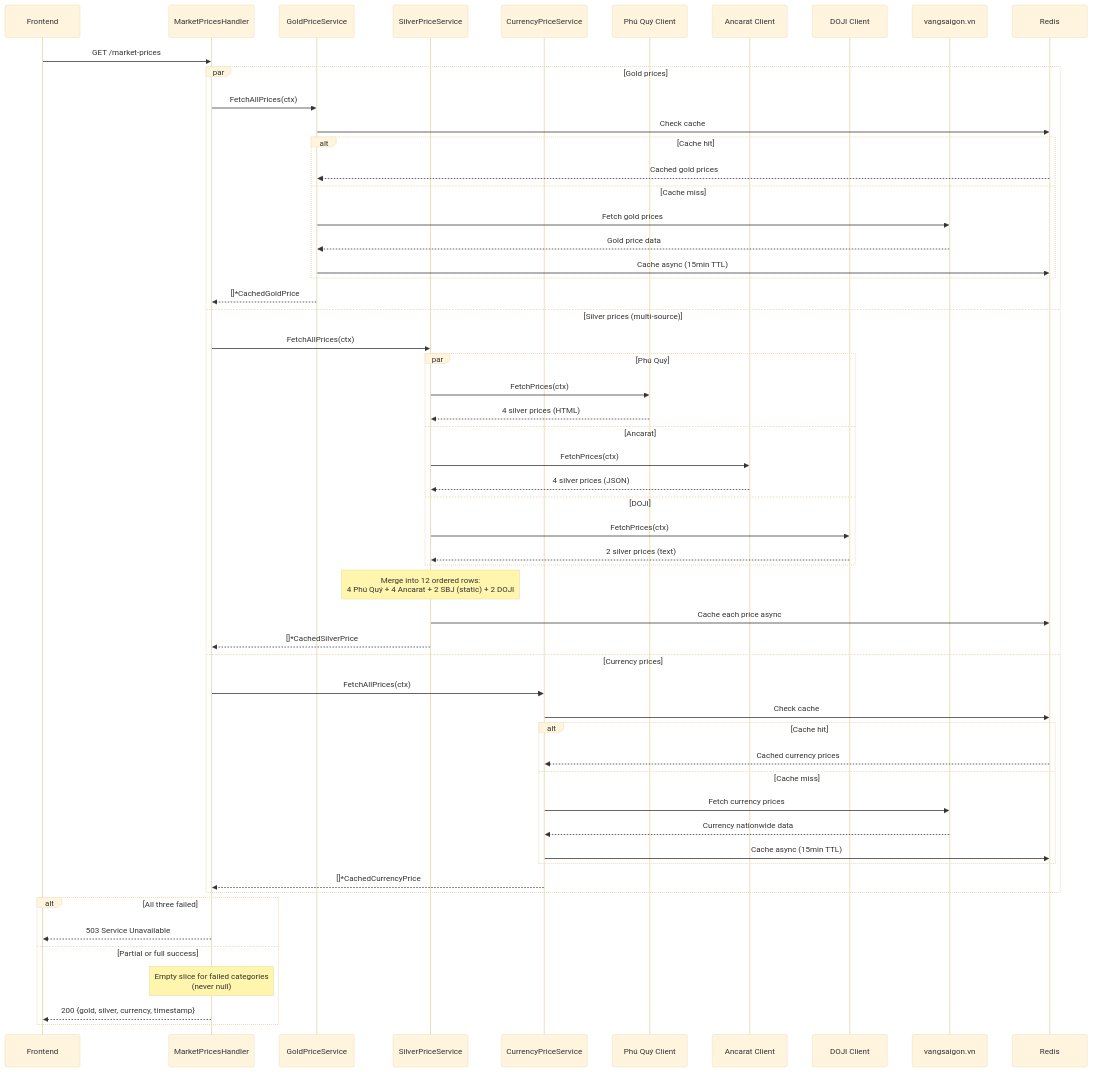
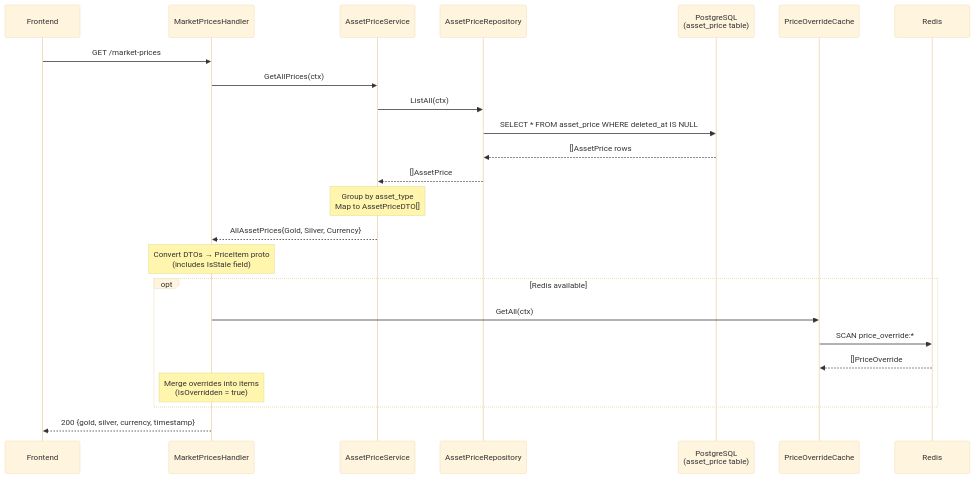
Before and after one commit to khanhnq1406/wealth-journey: the fifth of 16 diagrams in docs/architecture/flow-cross-cutting.md, drawn with Mermaid (base theme). The commit also changed other lines of this file and 1 other file, not shown here.

First line of the commit message:
docs(architecture): update runtime flow diagrams for price cache background job

````diff
--- a/docs/architecture/flow-cross-cutting.md
+++ b/docs/architecture/flow-cross-cutting.md
@@ -259,61 +271,31 @@
 ```mermaid
 sequenceDiagram
     participant C as Frontend
     participant H as MarketPricesHandler
-    participant G as GoldPriceService
-    participant S as SilverPriceService
-    participant CR as CurrencyPriceService
-    participant PQ as Phú Quý Client
-    participant AN as Ancarat Client
-    participant DJ as DOJI Client
-    participant V as vangsaigon.vn
+    participant APS as AssetPriceService
+    participant APR as AssetPriceRepository
+    participant DB as PostgreSQL<br/>(asset_price table)
+    participant POC as PriceOverrideCache
     participant R as Redis
 
     C->>H: GET /market-prices
 
-    par Gold prices
-        H->>G: FetchAllPrices(ctx)
-        G->>R: Check cache
-        alt Cache hit
-            R-->>G: Cached gold prices
-        else Cache miss
-            G->>V: Fetch gold prices
-            V-->>G: Gold price data
-            G->>R: Cache async (15min TTL)
-        end
-        G-->>H: []*CachedGoldPrice
-    and Silver prices (multi-source)
-        H->>S: FetchAllPrices(ctx)
-        par Phú Quý
-            S->>PQ: FetchPrices(ctx)
-            PQ-->>S: 4 silver prices (HTML)
-        and Ancarat
-            S->>AN: FetchPrices(ctx)
-            AN-->>S: 4 silver prices (JSON)
-        and DOJI
-            S->>DJ: FetchPrices(ctx)
-            DJ-->>S: 2 silver prices (text)
-        end
-        Note over S: Merge into 12 ordered rows:<br/>4 Phú Quý + 4 Ancarat + 2 SBJ (static) + 2 DOJI
-        S->>R: Cache each price async
-        S-->>H: []*CachedSilverPrice
-    and Currency prices
-        H->>CR: FetchAllPrices(ctx)
-        CR->>R: Check cache
-        alt Cache hit
-            R-->>CR: Cached currency prices
-        else Cache miss
-            CR->>V: Fetch currency prices
-            V-->>CR: Currency nationwide data
-            CR->>R: Cache async (15min TTL)
-        end
-        CR-->>H: []*CachedCurrencyPrice
+    H->>APS: GetAllPrices(ctx)
+    APS->>APR: ListAll(ctx)
+    APR->>DB: SELECT * FROM asset_price WHERE deleted_at IS NULL
+    DB-->>APR: []AssetPrice rows
+    APR-->>APS: []AssetPrice
+    Note over APS: Group by asset_type<br/>Map to AssetPriceDTO[]
+    APS-->>H: AllAssetPrices{Gold, Silver, Currency}
+
+    Note over H: Convert DTOs → PriceItem proto<br/>(includes IsStale field)
+
+    opt Redis available
+        H->>POC: GetAll(ctx)
+        POC->>R: SCAN price_override:*
+        R-->>POC: []PriceOverride
+        Note over H: Merge overrides into items<br/>(IsOverridden = true)
     end
 
-    alt All three failed
-        H-->>C: 503 Service Unavailable
-    else Partial or full success
-        Note over H: Empty slice for failed categories<br/>(never null)
-        H-->>C: 200 {gold, silver, currency, timestamp}
-    end
+    H-->>C: 200 {gold, silver, currency, timestamp}
 ```
````
